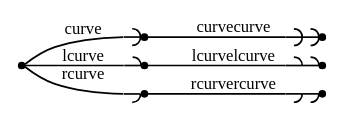
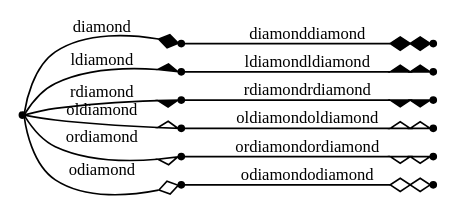
One commit to graphviz-perl/GraphViz2-Marpa-PathUtils changed the diagram in out/clusters.out.08.002.gv. Above: the diagram before and after it, drawn with Graphviz. The commit also changed 50 other files, not shown here.

```diff
--- a/out/clusters.out.08.002.gv
+++ b/out/clusters.out.08.002.gv
@@ -1,13 +1,19 @@
 digraph G
 {
 	graph[rankdir = "LR" nodesep = "0"]
 	node[shape = "point" label = ""]
 	edge[fontsize = "10"]
-	_curve -> curve[arrowhead = "curve" label = "curve"]
-	curve -> curvecurve[arrowhead = "curvecurve" label = "curvecurve"]
-	_curve -> lcurve[arrowhead = "lcurve" label = "lcurve"]
-	lcurve -> lcurvelcurve[arrowhead = "lcurvelcurve" label = "lcurvelcurve"]
-	_curve -> rcurve[arrowhead = "rcurve" label = "rcurve"]
-	rcurve -> rcurvercurve[arrowhead = "rcurvercurve" label = "rcurvercurve"]
+	_diamond -> diamond[arrowhead = "diamond" label = "diamond"]
+	diamond -> diamonddiamond[arrowhead = "diamonddiamond" label = "diamonddiamond"]
+	_diamond -> ldiamond[arrowhead = "ldiamond" label = "ldiamond"]
+	ldiamond -> ldiamondldiamond[arrowhead = "ldiamondldiamond" label = "ldiamondldiamond"]
+	_diamond -> rdiamond[arrowhead = "rdiamond" label = "rdiamond"]
+	rdiamond -> rdiamondrdiamond[arrowhead = "rdiamondrdiamond" label = "rdiamondrdiamond"]
+	_diamond -> oldiamond[arrowhead = "oldiamond" label = "oldiamond"]
+	oldiamond -> oldiamondoldiamond[arrowhead = "oldiamondoldiamond" label = "oldiamondoldiamond"]
+	_diamond -> ordiamond[arrowhead = "ordiamond" label = "ordiamond"]
+	ordiamond -> ordiamondordiamond[arrowhead = "ordiamondordiamond" label = "ordiamondordiamond"]
+	_diamond -> odiamond[arrowhead = "odiamond" label = "odiamond"]
+	odiamond -> odiamondodiamond[arrowhead = "odiamondodiamond" label = "odiamondodiamond"]
 
 }
```
